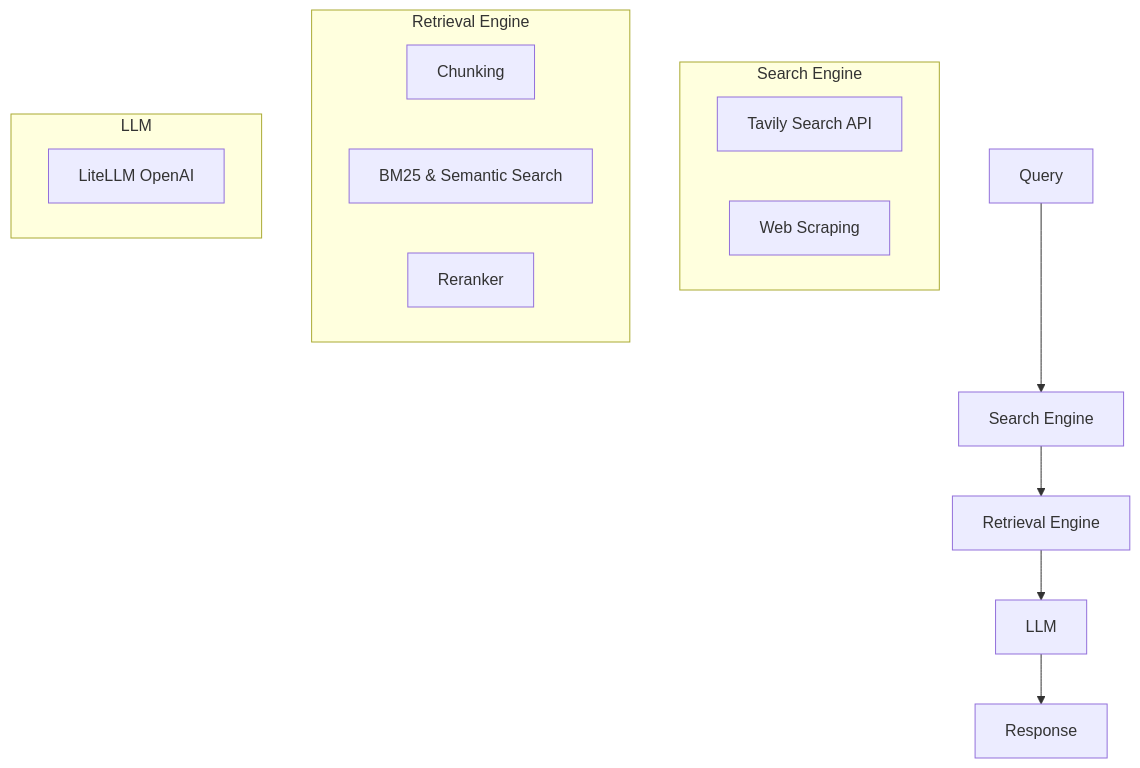
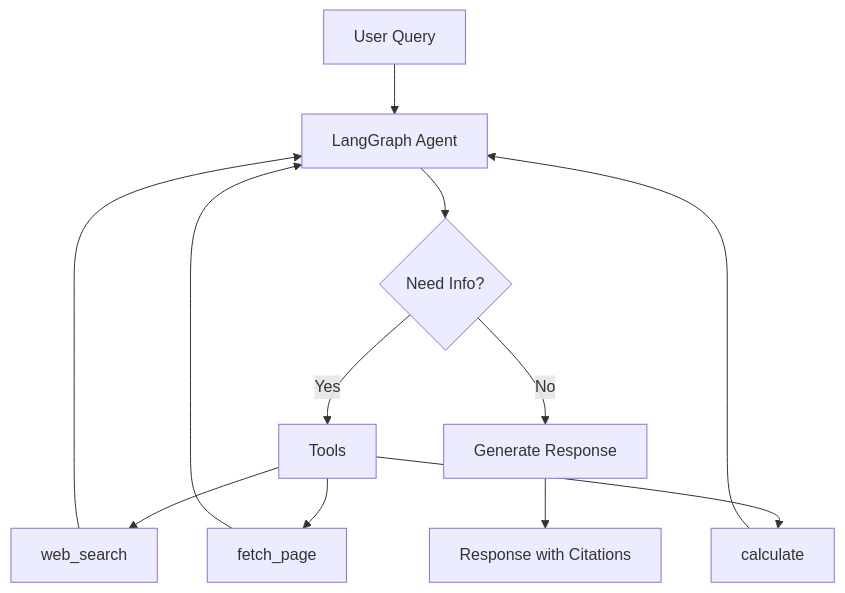
Before and after one commit to jayshah5696/pravah: the diagram in README.md, drawn with Mermaid. The commit also changed other lines of this file and 62 other files, not shown here.

First line of the commit message:
Add Gemini grounded search tool and LangGraph agent v2

````diff
--- a/README.md
+++ b/README.md
@@ -42,22 +168,14 @@
 ```mermaid
 flowchart TD
-    A[Query] --> B[Search Engine]
-    B --> C[Retrieval Engine]
-    C --> D[LLM]
-    D --> E[Response]
-
-    subgraph Search Engine
-        B1[Tavily Search API]
-        B2[Web Scraping]
-    end
-
-    subgraph Retrieval Engine
-        C1[Chunking]
-        C2[BM25 & Semantic Search]
-        C3[Reranker]
-    end
-
-    subgraph LLM
-        D1[LiteLLM OpenAI]
-    end
+    A[User Query] --> B[LangGraph Agent]
+    B --> C{Need Info?}
+    C -->|Yes| D[Tools]
+    C -->|No| E[Generate Response]
+    D --> F[web_search]
+    D --> G[fetch_page]
+    D --> H[calculate]
+    F --> B
+    G --> B
+    H --> B
+    E --> I[Response with Citations]
 ```
````
